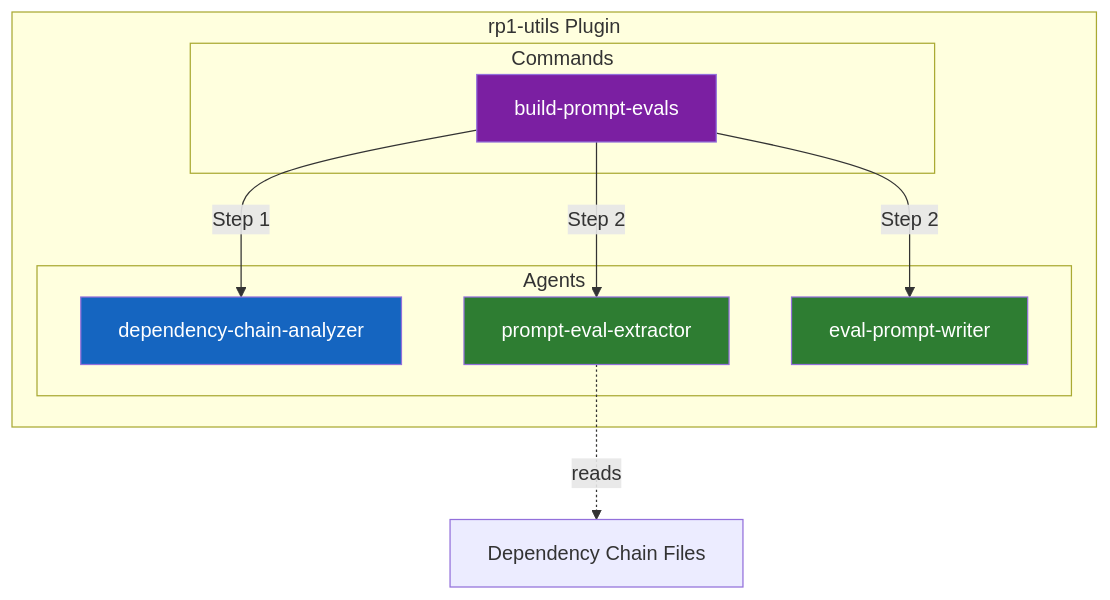
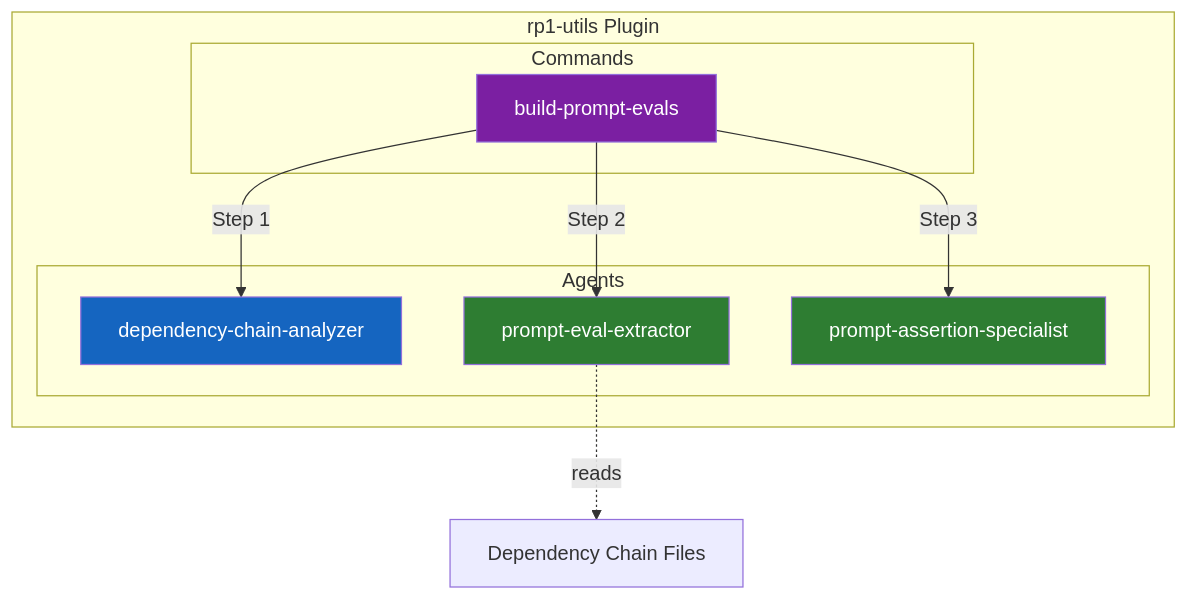
One commit to rp1-run/rp1 changed the third of 3 diagrams in docs/concepts/eval-system.md. Above: the diagram before and after it, drawn with Mermaid. The commit also changed other lines of this file and 41 other files, not shown here.

````diff
--- a/docs/concepts/eval-system.md
+++ b/docs/concepts/eval-system.md
@@ -107,24 +111,24 @@
 ```mermaid
 flowchart TB
     subgraph "rp1-utils Plugin"
         subgraph "Commands"
             BPE[build-prompt-evals]
         end
 
         subgraph "Agents"
             DCA[dependency-chain-analyzer]
             PEE[prompt-eval-extractor]
-            EPW[eval-prompt-writer]
+            PAS[prompt-assertion-specialist]
         end
     end
 
     BPE -->|Step 1| DCA
     BPE -->|Step 2| PEE
-    BPE -->|Step 2| EPW
+    BPE -->|Step 3| PAS
     PEE -.->|reads| CHAIN[Dependency Chain Files]
 
     style BPE fill:#7b1fa2,color:#fff
     style DCA fill:#1565c0,color:#fff
     style PEE fill:#2e7d32,color:#fff
-    style EPW fill:#2e7d32,color:#fff
+    style PAS fill:#2e7d32,color:#fff
 ```
````
